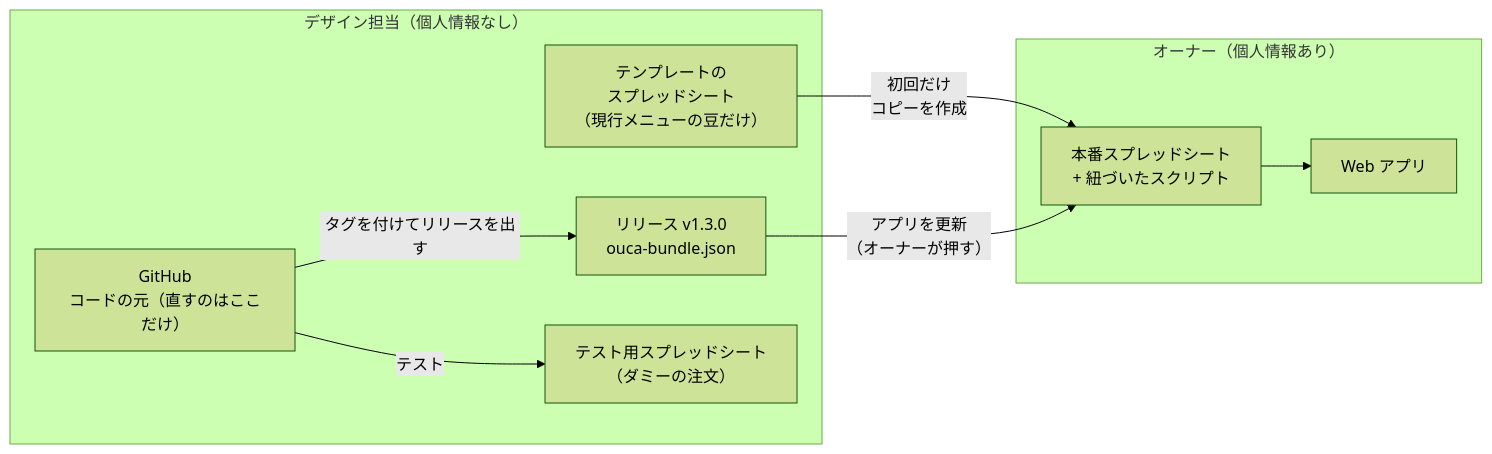
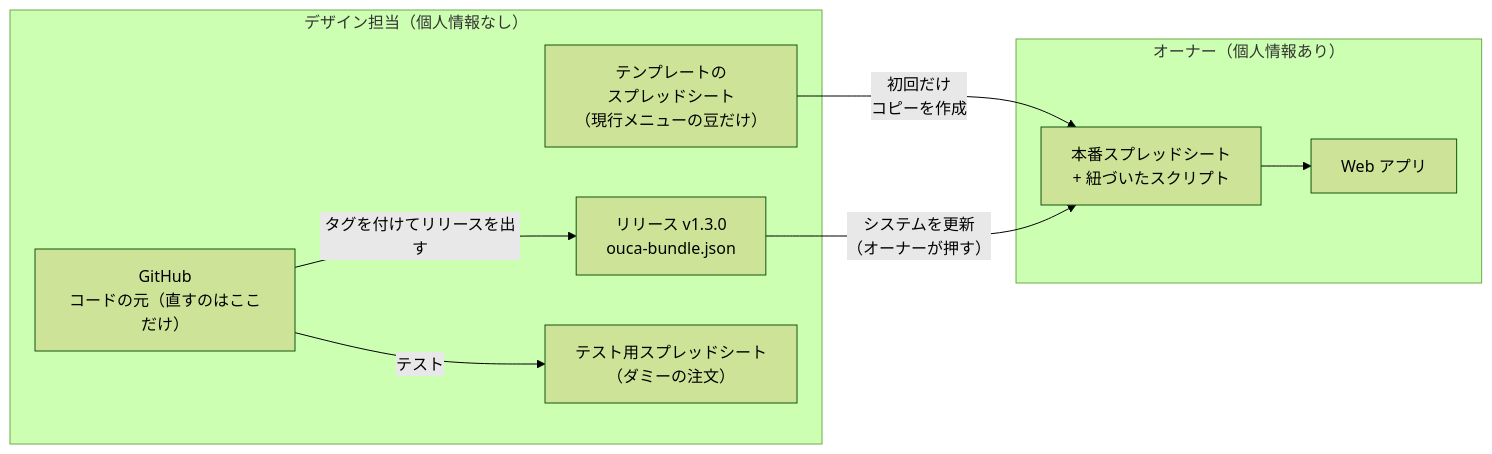
Before and after one commit to yuk-wq/ouca: the first of 2 diagrams in docs/to-be/delivery-flow.md, drawn with Mermaid (forest theme). The commit also changed other lines of this file and 6 other files, not shown here.

````diff
--- a/docs/to-be/delivery-flow.md
+++ b/docs/to-be/delivery-flow.md
@@ -66,18 +66,18 @@
 ```mermaid
 flowchart LR
   subgraph D["デザイン担当（個人情報なし）"]
     G["GitHub<br/>コードの元（直すのはここだけ）"]
     R["リリース v1.3.0<br/>ouca-bundle.json"]
     TP["テンプレートの<br/>スプレッドシート<br/>（現行メニューの豆だけ）"]
     TS["テスト用スプレッドシート<br/>（ダミーの注文）"]
   end
   subgraph O["オーナー（個人情報あり）"]
     S["本番スプレッドシート<br/>+ 紐づいたスクリプト"]
     W["Web アプリ"]
   end
   G -->|"タグを付けてリリースを出す"| R
   G -->|"テスト"| TS
   TP -->|"初回だけ<br/>コピーを作成"| S
-  R -->|"アプリを更新<br/>（オーナーが押す）"| S
+  R -->|"システムを更新<br/>（オーナーが押す）"| S
   S --> W
 ```
````
